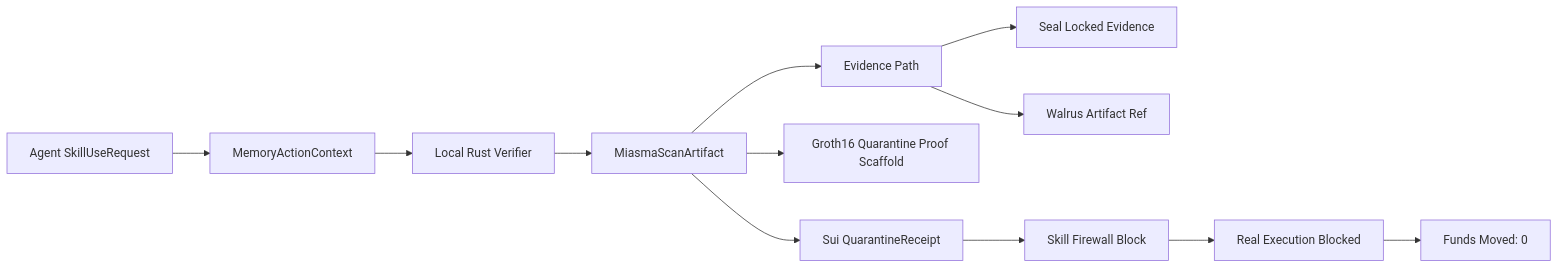
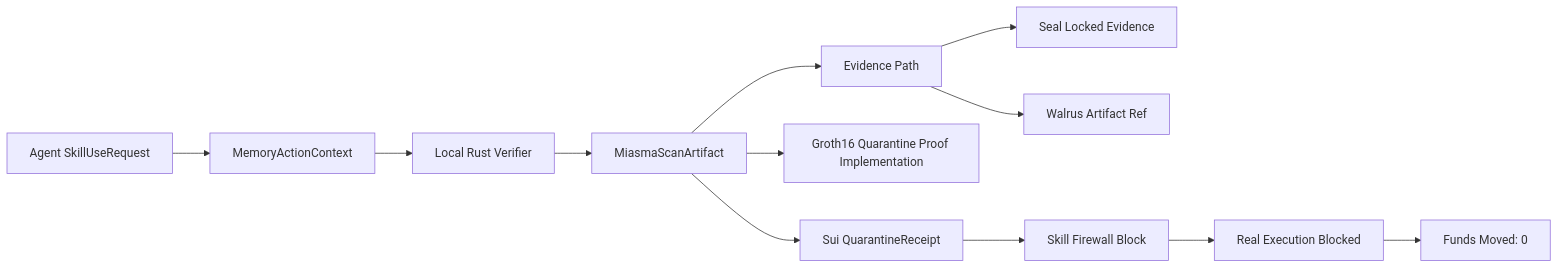
Before and after one commit to 0x-xrpl/miasma-atlas: the first of 4 diagrams in docs/FINAL_REQUIREMENTS.md, drawn with Mermaid. The commit also changed other lines of this file and 15 other files, not shown here.

````diff
--- a/docs/FINAL_REQUIREMENTS.md
+++ b/docs/FINAL_REQUIREMENTS.md
@@ -121,14 +121,14 @@
 ```mermaid
 flowchart LR
   A[Agent SkillUseRequest] --> B[MemoryActionContext]
   B --> C[Local Rust Verifier]
   C --> D[MiasmaScanArtifact]
   D --> E[Evidence Path]
   E --> F[Seal Locked Evidence]
   E --> G[Walrus Artifact Ref]
-  D --> H[Groth16 Quarantine Proof Scaffold]
+  D --> H[Groth16 Quarantine Proof Implementation]
   D --> I[Sui QuarantineReceipt]
   I --> J[Skill Firewall Block]
   J --> K[Real Execution Blocked]
   K --> L[Funds Moved: 0]
 ```
````
